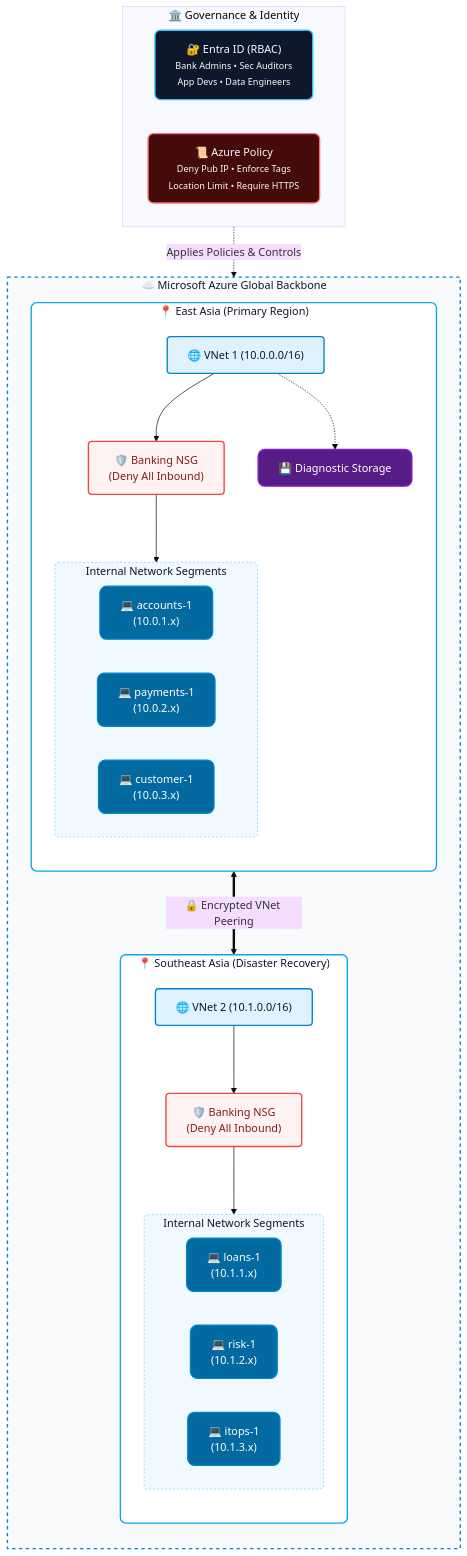
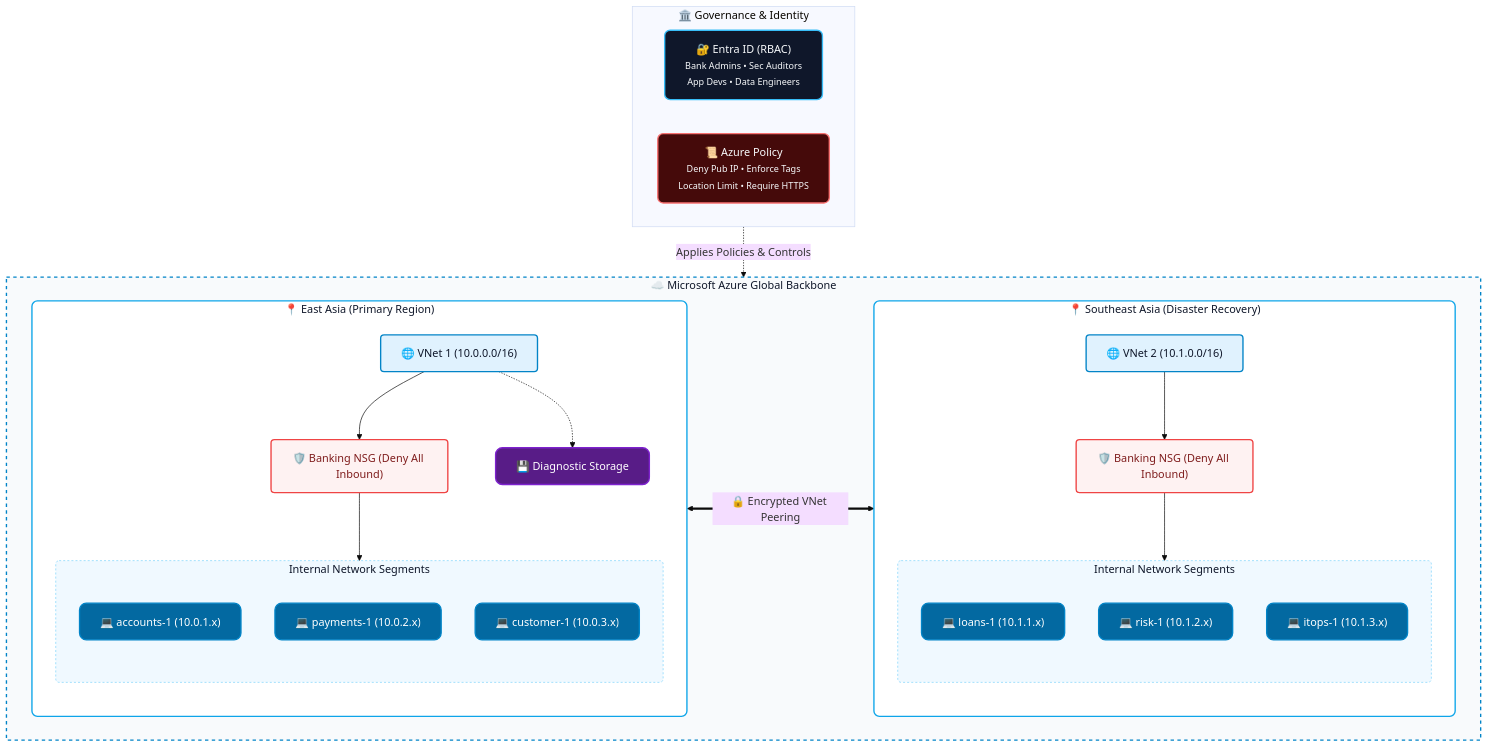
Before and after one commit to gulmaan87/Azure-banking-system: the diagram in README.md, drawn with Mermaid (base theme).

````diff
--- a/README.md
+++ b/README.md
@@ -21,68 +21,68 @@
 ```mermaid
 flowchart TB
     %% --- Custom Styles ---
     classDef identity fill:#0f172a,stroke:#38bdf8,stroke-width:2px,color:#f8fafc,rx:8,ry:8
     classDef policy fill:#450a0a,stroke:#f87171,stroke-width:2px,color:#f8fafc,rx:8,ry:8
     classDef azureCloud fill:#f8fafc,stroke:#0284c7,stroke-width:2px,stroke-dasharray: 5 5,color:#0f172a
     classDef region fill:#ffffff,stroke:#0ea5e9,stroke-width:2px,color:#0f172a,rx:8,ry:8
     classDef vnet fill:#e0f2fe,stroke:#0284c7,stroke-width:2px,color:#0f172a,rx:5,ry:5
     classDef subnet fill:#f0f9ff,stroke:#7dd3fc,stroke-width:1px,color:#0f172a,stroke-dasharray: 3 3,rx:5,ry:5
     classDef nsg fill:#fef2f2,stroke:#ef4444,stroke-width:2px,color:#7f1d1d,rx:5,ry:5
     classDef vm fill:#0369a1,stroke:#0284c7,stroke-width:2px,color:#ffffff,rx:10,ry:10
     classDef storage fill:#581c87,stroke:#7e22ce,stroke-width:2px,color:#ffffff,rx:10,ry:10
 
     subgraph Governance["🏛️ Governance & Identity"]
         direction LR
         RBAC["🔐 Entra ID (RBAC)<br/><small>Bank Admins • Sec Auditors<br>App Devs • Data Engineers</small>"]:::identity
         Policy["📜 Azure Policy<br/><small>Deny Pub IP • Enforce Tags<br>Location Limit • Require HTTPS</small>"]:::policy
     end
 
     subgraph AzureCloud["☁️ Microsoft Azure Global Backbone"]
-        direction TB
+        direction LR
 
         %% REGION 1
         subgraph Region1["📍 East Asia (Primary Region)"]
             direction TB
             VNet1["🌐 VNet 1 (10.0.0.0/16)"]:::vnet
-            NSG1["🛡️ Banking NSG<br/>(Deny All Inbound)"]:::nsg
+            NSG1["🛡️ Banking NSG (Deny All Inbound)"]:::nsg
             
             subgraph Subnets1["Internal Network Segments"]
-                direction LR
-                VM1A["💻 accounts-1<br/>(10.0.1.x)"]:::vm
-                VM1B["💻 payments-1<br/>(10.0.2.x)"]:::vm
-                VM1C["💻 customer-1<br/>(10.0.3.x)"]:::vm
+                direction TB
+                VM1A["💻 accounts-1 (10.0.1.x)"]:::vm
+                VM1B["💻 payments-1 (10.0.2.x)"]:::vm
+                VM1C["💻 customer-1 (10.0.3.x)"]:::vm
             end
             
             Storage["💾 Diagnostic Storage"]:::storage
 
             VNet1 --> NSG1
             NSG1 --> Subnets1
             VNet1 -.-> Storage
         end
 
         %% REGION 2
         subgraph Region2["📍 Southeast Asia (Disaster Recovery)"]
             direction TB
             VNet2["🌐 VNet 2 (10.1.0.0/16)"]:::vnet
-            NSG2["🛡️ Banking NSG<br/>(Deny All Inbound)"]:::nsg
+            NSG2["🛡️ Banking NSG (Deny All Inbound)"]:::nsg
             
             subgraph Subnets2["Internal Network Segments"]
-                direction LR
-                VM2A["💻 loans-1<br/>(10.1.1.x)"]:::vm
-                VM2B["💻 risk-1<br/>(10.1.2.x)"]:::vm
-                VM2C["💻 itops-1<br/>(10.1.3.x)"]:::vm
+                direction TB
+                VM2A["💻 loans-1 (10.1.1.x)"]:::vm
+                VM2B["💻 risk-1 (10.1.2.x)"]:::vm
+                VM2C["💻 itops-1 (10.1.3.x)"]:::vm
             end
 
             VNet2 --> NSG2
             NSG2 --> Subnets2
         end
 
         Region1 <==>|"🔒 Encrypted VNet Peering"| Region2
     end
     
     Governance -.->|"Applies Policies & Controls"| AzureCloud
     
     class AzureCloud azureCloud
     class Region1,Region2 region
     class Subnets1,Subnets2 subnet
 ```
````
